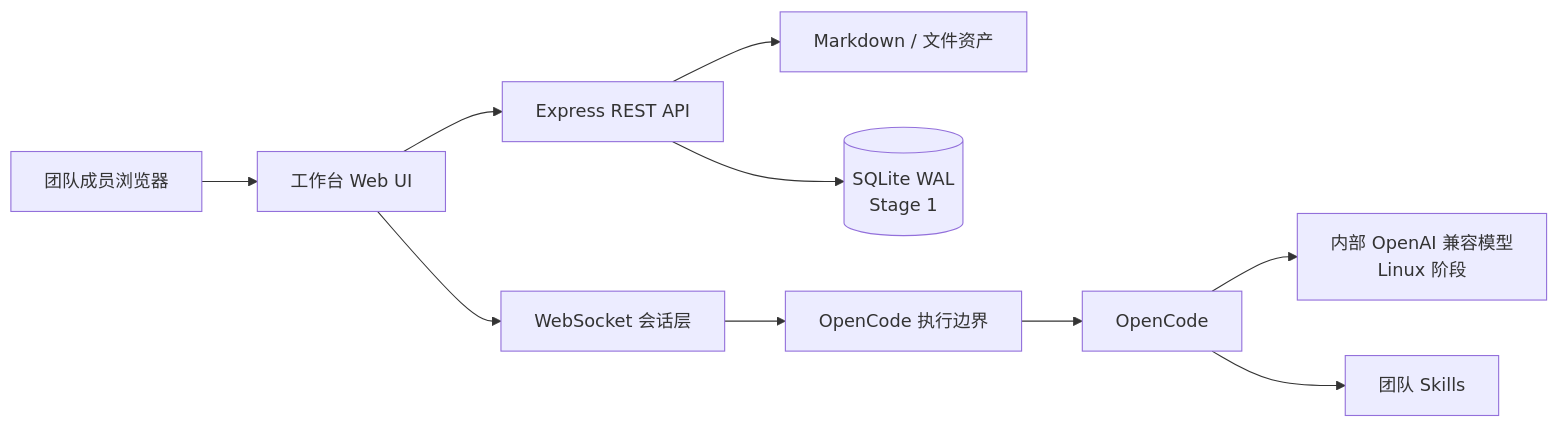
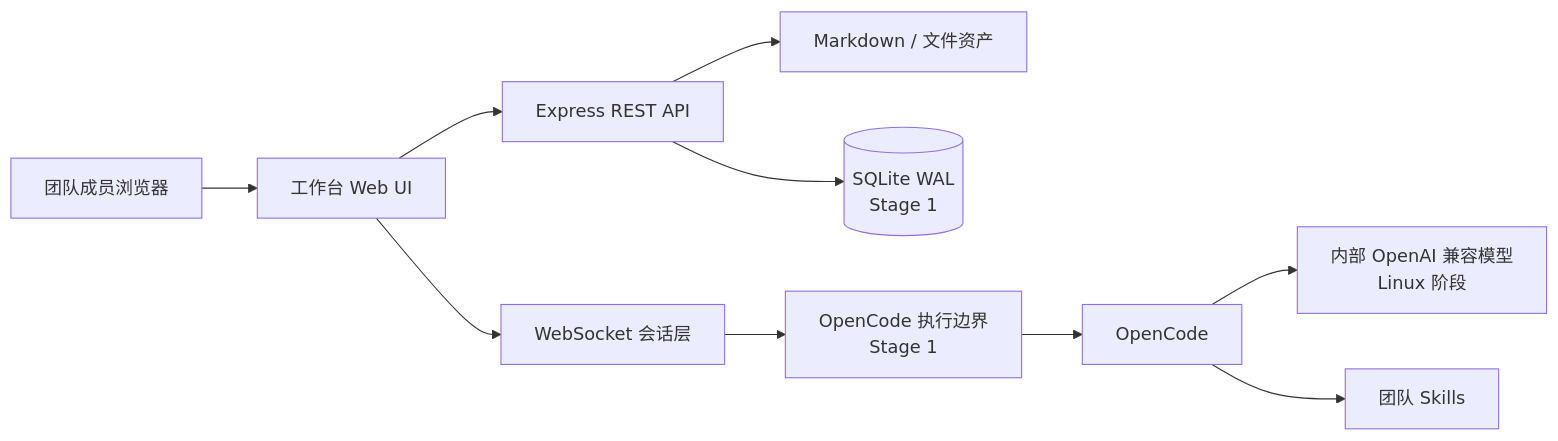
Before and after one commit to rainerzhao/opencode-ia: the diagram in README.md, drawn with Mermaid. The commit also changed other lines of this file and 41 other files, not shown here.

````diff
--- a/README.md
+++ b/README.md
@@ -68,12 +69,12 @@
 ```mermaid
 flowchart LR
     U[团队成员浏览器] --> W[工作台 Web UI]
     W --> A[Express REST API]
     W --> S[WebSocket 会话层]
     A --> F[Markdown / 文件资产]
     A --> D[(SQLite WAL<br/>Stage 1)]
-    S --> G[OpenCode 执行边界]
+    S --> G[OpenCode 执行边界<br/>Stage 1]
     G --> O[OpenCode]
     O --> M[内部 OpenAI 兼容模型<br/>Linux 阶段]
     O --> K[团队 Skills]
 ```
````
